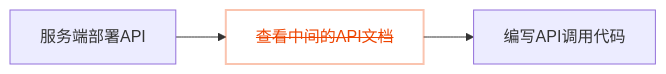
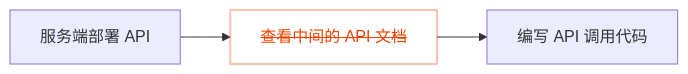
The second of 2 diagrams in i18n/zh-CN/docusaurus-plugin-content-docs/current/tutorial/02-getting-started/01-introduce.md (alovajs/alovajs.github.io), drawn with Mermaid before and after one commit. The commit also changed other lines of this file and 170 other files, not shown here.

````diff
--- a/i18n/zh-CN/docusaurus-plugin-content-docs/current/tutorial/02-getting-started/01-introduce.md
+++ b/i18n/zh-CN/docusaurus-plugin-content-docs/current/tutorial/02-getting-started/01-introduce.md
@@ -417,7 +68,7 @@
 ```mermaid
 flowchart LR
-  A[服务端部署API] --> B[<s>查看中间的API文档</s>] --> C[编写API调用代码]
+  A[服务端部署 API] --> B[<s>查看中间的 API 文档</s>] --> C[编写 API 调用代码]
 
   class B redNode;
   classDef redNode fill:transparent,stroke:#ee440050,color:#ee4400,stroke-width:2px;
 ```
````
